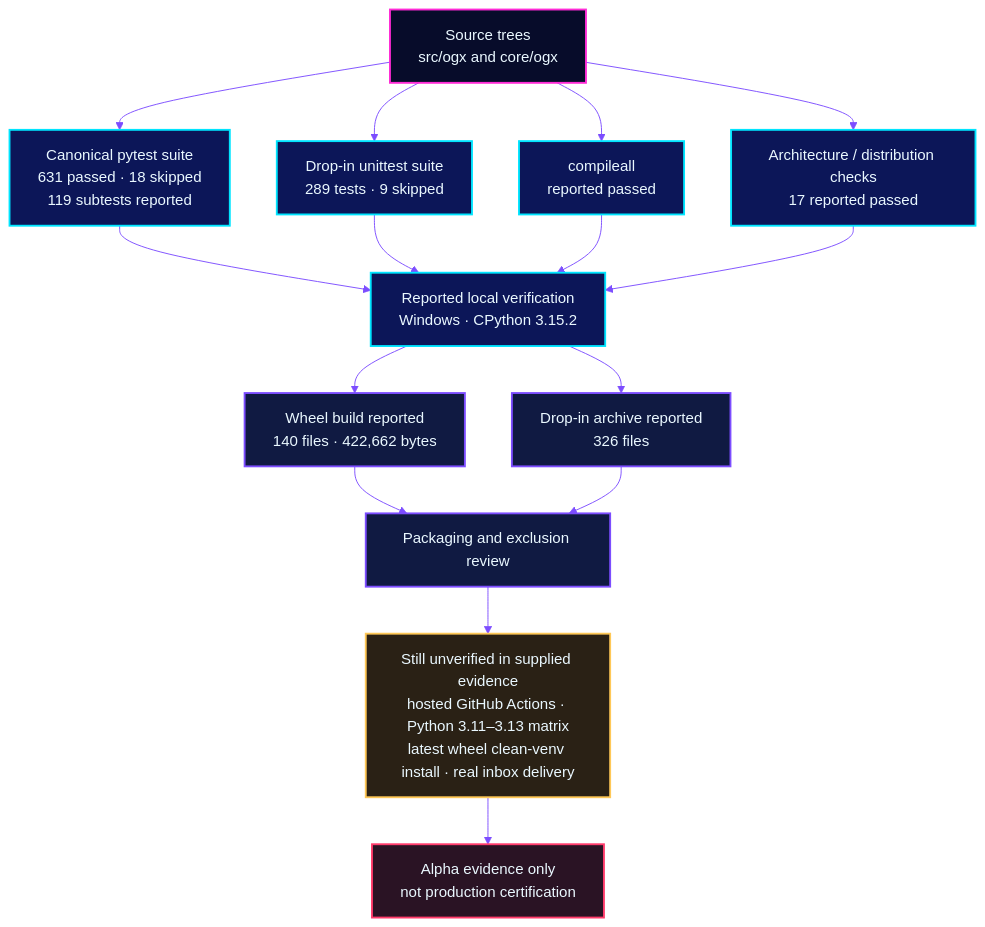
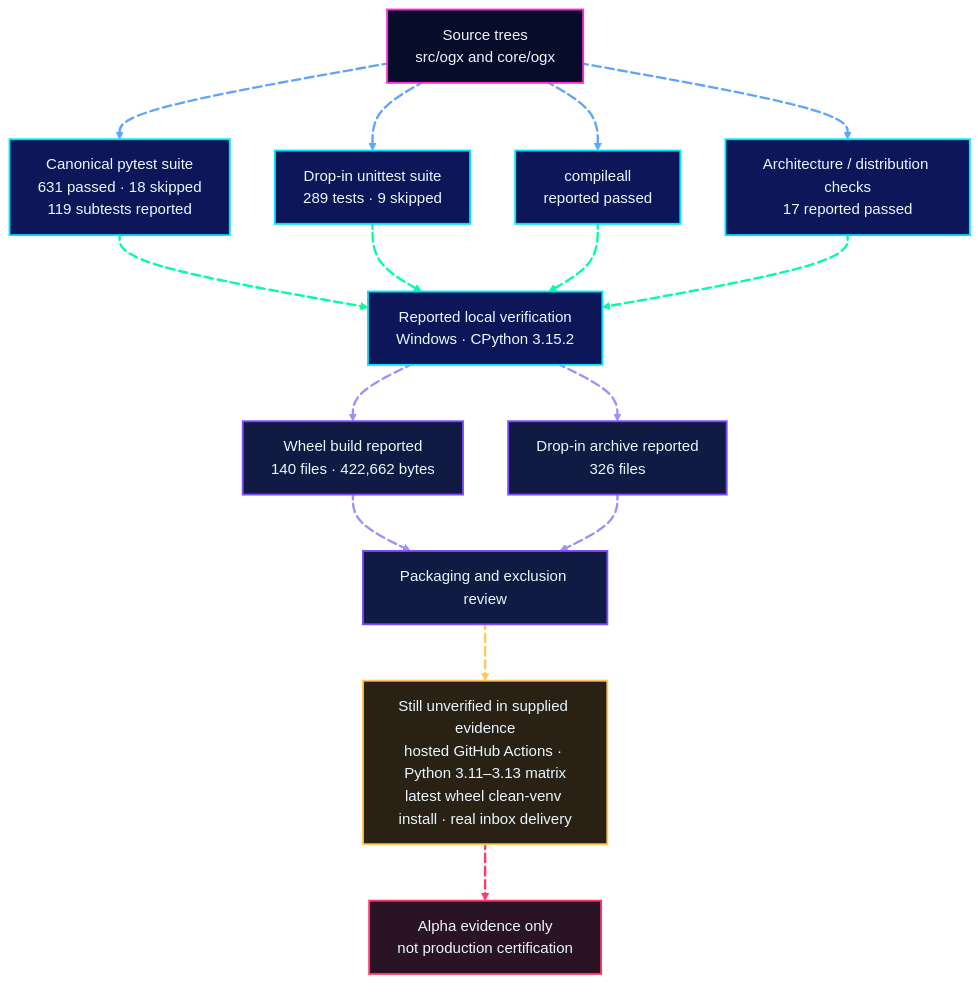
The fifth of 5 diagrams in README.md (shajeduzzamanenan992008inc/OMEGA-GUARDIAN-X-Universal), drawn with Mermaid before and after one commit. The commit also changed other lines of this file and 2 other files, not shown here.

````diff
--- a/README.md
+++ b/README.md
@@ -717,32 +805,60 @@
 ```mermaid
-%%{init: {"theme": "base", "themeVariables": {"background": "#070C2A", "primaryColor": "#0C1658", "primaryTextColor": "#EAF8FF", "primaryBorderColor": "#00E5FF", "lineColor": "#7C4DFF", "secondaryColor": "#101A42", "tertiaryColor": "#070C2A", "clusterBkg": "#070C2A", "clusterBorder": "#7C4DFF", "edgeLabelBackground": "#101A42", "fontFamily": "Segoe UI, Arial, sans-serif"}}}%%
+%%{init: {"theme": "base", "themeVariables": {"background": "#070C2A", "primaryColor": "#0C1658", "primaryTextColor": "#EAF8FF", "primaryBorderColor": "#00E5FF", "lineColor": "#7C4DFF", "secondaryColor": "#101A42", "tertiaryColor": "#070C2A", "clusterBkg": "#070C2A", "clusterBorder": "#7C4DFF", "edgeLabelBackground": "#101A42", "fontFamily": "Segoe UI, Arial, sans-serif"},"flowchart":{"curve":"basis","htmlLabels":true,"nodeSpacing":48,"rankSpacing":60}}}%%
 flowchart TD
     SOURCE["Source trees<br/>src/ogx and core/ogx"]
-    SOURCE --> CANON["Canonical pytest suite<br/>631 passed · 18 skipped<br/>119 subtests reported"]
-    SOURCE --> DROPIN["Drop-in unittest suite<br/>289 tests · 9 skipped"]
-    SOURCE --> COMPILE["compileall<br/>reported passed"]
-    SOURCE --> STRUCT["Architecture / distribution checks<br/>17 reported passed"]
+    SOURCE e01@--> CANON["Canonical pytest suite<br/>631 passed · 18 skipped<br/>119 subtests reported"]
+    SOURCE e02@--> DROPIN["Drop-in unittest suite<br/>289 tests · 9 skipped"]
+    SOURCE e03@--> COMPILE["compileall<br/>reported passed"]
+    SOURCE e04@--> STRUCT["Architecture / distribution checks<br/>17 reported passed"]
 
-    CANON --> LOCAL["Reported local verification<br/>Windows · CPython 3.15.2"]
-    DROPIN --> LOCAL
-    COMPILE --> LOCAL
-    STRUCT --> LOCAL
+    CANON e05@--> LOCAL["Reported local verification<br/>Windows · CPython 3.15.2"]
+    DROPIN e06@--> LOCAL
+    COMPILE e07@--> LOCAL
+    STRUCT e08@--> LOCAL
 
-    LOCAL --> WHEEL["Wheel build reported<br/>140 files · 422,662 bytes"]
-    LOCAL --> ZIP["Drop-in archive reported<br/>326 files"]
-    WHEEL --> PACK["Packaging and exclusion review"]
-    ZIP --> PACK
-    PACK --> GAPS["Still unverified in supplied evidence<br/>hosted GitHub Actions · Python 3.11–3.13 matrix<br/>latest wheel clean-venv install · real inbox delivery"]
-    GAPS --> LIMIT["Alpha evidence only<br/>not production certification"]
+    LOCAL e09@--> WHEEL["Wheel build reported<br/>140 files · 422,662 bytes"]
+    LOCAL e10@--> ZIP["Drop-in archive reported<br/>326 files"]
+    WHEEL e11@--> PACK["Packaging and exclusion review"]
+    ZIP e12@--> PACK
+    PACK e13@--> GAPS["Still unverified in supplied evidence<br/>hosted GitHub Actions · Python 3.11–3.13 matrix<br/>latest wheel clean-venv install · real inbox delivery"]
+    GAPS e14@--> LIMIT["Alpha evidence only<br/>not production certification"]
 
     classDef source fill:#070C2A,stroke:#FF2BD6,stroke-width:2px,color:#EAF8FF
     classDef reported fill:#0C1658,stroke:#00E5FF,stroke-width:2px,color:#EAF8FF
     classDef artifact fill:#101A42,stroke:#7C4DFF,stroke-width:2px,color:#EAF8FF
     classDef gaps fill:#2A2115,stroke:#FFC857,stroke-width:2px,color:#EAF8FF
     classDef limit fill:#2A1324,stroke:#FF3B6B,stroke-width:2px,color:#EAF8FF
     class SOURCE source
     class CANON,DROPIN,COMPILE,STRUCT,LOCAL reported
     class WHEEL,ZIP,PACK artifact
     class GAPS gaps
     class LIMIT limit
+
+    classDef flowCyan stroke:#00E5FF,stroke-width:2.5px,stroke-dasharray:9\,5
+    classDef flowBlue stroke:#60A5FA,stroke-width:2.5px,stroke-dasharray:9\,5
+    classDef flowViolet stroke:#A78BFA,stroke-width:2.5px,stroke-dasharray:8\,5
+    classDef flowGreen stroke:#00FF9D,stroke-width:2.5px,stroke-dasharray:9\,5
+    classDef flowAmber stroke:#FFC857,stroke-width:2.5px,stroke-dasharray:8\,5
+    classDef flowRed stroke:#FF3B6B,stroke-width:2.5px,stroke-dasharray:7\,5
+
+    class e01,e02,e03,e04 flowBlue
+    class e09,e10,e11,e12 flowViolet
+    class e05,e06,e07,e08 flowGreen
+    class e13 flowAmber
+    class e14 flowRed
+
+    e01@{ animation: fast }
+    e02@{ animation: fast }
+    e03@{ animation: fast }
+    e04@{ animation: fast }
+    e05@{ animation: slow }
+    e06@{ animation: slow }
+    e07@{ animation: slow }
+    e08@{ animation: slow }
+    e09@{ animation: fast }
+    e10@{ animation: fast }
+    e11@{ animation: fast }
+    e12@{ animation: fast }
+    e13@{ animation: slow }
+    e14@{ animation: slow }
 ```
````
